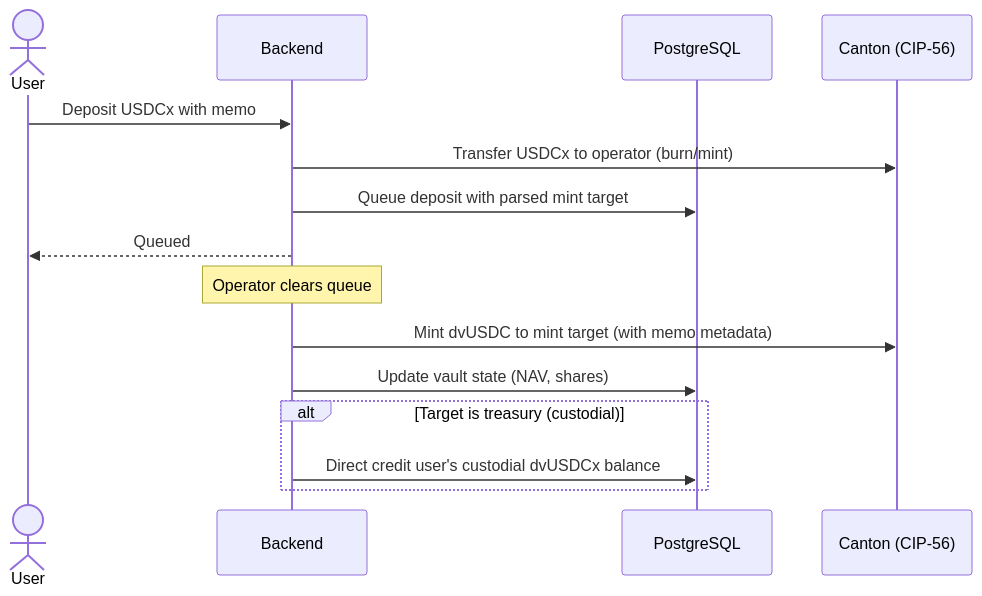
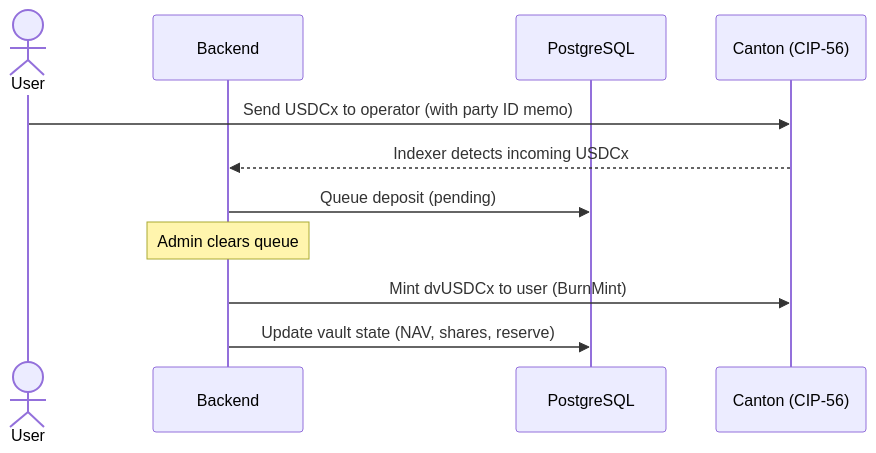
The second of 3 diagrams in README.md (dittonetwork/ditto-ccvault), drawn with Mermaid before and after one commit. The commit also changed other lines of this file and 1 other file, not shown here.

First line of the commit message:
Update public README to reflect V2 non-custodial architecture

````diff
--- a/README.md
+++ b/README.md
@@ -90,20 +78,14 @@
 ```mermaid
 sequenceDiagram
     actor User
     participant BE as Backend
     participant DB as PostgreSQL
     participant CN as Canton (CIP-56)
 
-    User->>BE: Deposit USDCx with memo
-    BE->>CN: Transfer USDCx to operator (burn/mint)
-    BE->>DB: Queue deposit with parsed mint target
-    BE-->>User: Queued
-
-    Note over BE: Operator clears queue
-    BE->>CN: Mint dvUSDC to mint target (with memo metadata)
-    BE->>DB: Update vault state (NAV, shares)
-
-    alt Target is treasury (custodial)
-        BE->>DB: Direct credit user's custodial dvUSDCx balance
-    end
+    User->>CN: Send USDCx to operator (with party ID memo)
+    CN-->>BE: Indexer detects incoming USDCx
+    BE->>DB: Queue deposit (pending)
+    Note over BE: Admin clears queue
+    BE->>CN: Mint dvUSDCx to user (BurnMint)
+    BE->>DB: Update vault state (NAV, shares, reserve)
 ```
````
